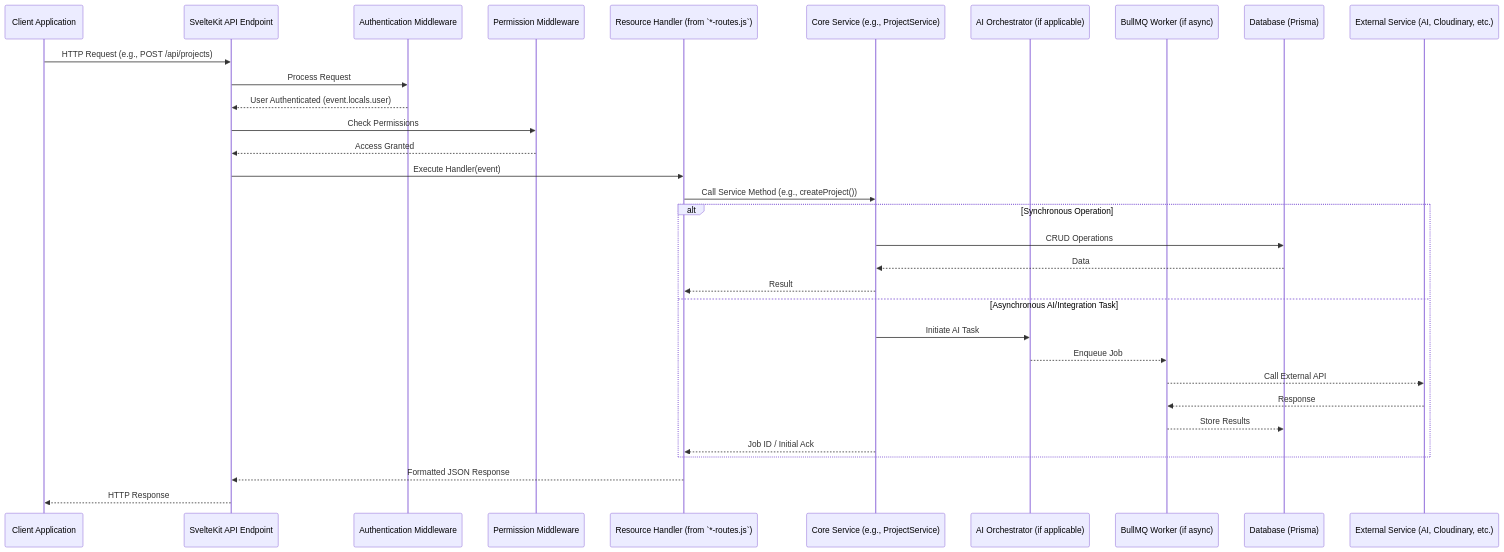
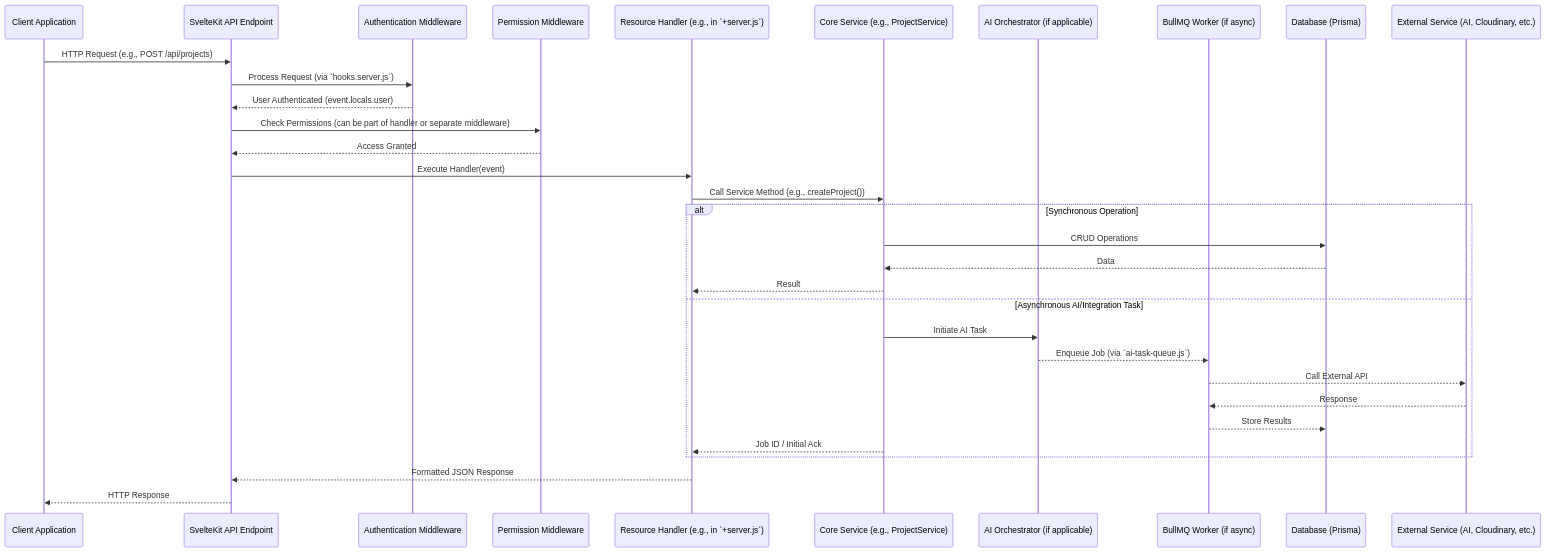
One commit to lowkey-dev21/Idea_lens-BE changed the sixth of 7 diagrams in README.md. Above: the diagram before and after it, drawn with Mermaid. The commit also changed other lines of this file, not shown here.

````diff
--- a/README.md
+++ b/README.md
@@ -302,35 +309,35 @@
 ```mermaid
 sequenceDiagram
     participant ClientApp as Client Application
     participant SvelteKitAPI as SvelteKit API Endpoint
     participant AuthMiddleware as Authentication Middleware
     participant PermissionMiddleware as Permission Middleware
-    participant HandlerFunction as Resource Handler (from `*-routes.js`)
+    participant HandlerFunction as Resource Handler (e.g., in `+server.js`)
     participant CoreService as Core Service (e.g., ProjectService)
     participant AIOrchestrator as AI Orchestrator (if applicable)
     participant BullMQWorker as BullMQ Worker (if async)
     participant Database_Prisma as Database (Prisma)
     participant ExternalService as External Service (AI, Cloudinary, etc.)
 
     ClientApp->>SvelteKitAPI: HTTP Request (e.g., POST /api/projects)
-    SvelteKitAPI->>AuthMiddleware: Process Request
+    SvelteKitAPI->>AuthMiddleware: Process Request (via `hooks.server.js`)
     AuthMiddleware-->>SvelteKitAPI: User Authenticated (event.locals.user)
-    SvelteKitAPI->>PermissionMiddleware: Check Permissions
+    SvelteKitAPI->>PermissionMiddleware: Check Permissions (can be part of handler or separate middleware)
     PermissionMiddleware-->>SvelteKitAPI: Access Granted
     SvelteKitAPI->>HandlerFunction: Execute Handler(event)
     HandlerFunction->>CoreService: Call Service Method (e.g., createProject())
     alt Synchronous Operation
         CoreService->>Database_Prisma: CRUD Operations
         Database_Prisma-->>CoreService: Data
         CoreService-->>HandlerFunction: Result
     else Asynchronous AI/Integration Task
         CoreService->>AIOrchestrator: Initiate AI Task
-        AIOrchestrator-->>BullMQWorker: Enqueue Job
+        AIOrchestrator-->>BullMQWorker: Enqueue Job (via `ai-task-queue.js`)
         BullMQWorker-->>ExternalService: Call External API
         ExternalService-->>BullMQWorker: Response
         BullMQWorker-->>Database_Prisma: Store Results
         CoreService-->>HandlerFunction: Job ID / Initial Ack
     end
     HandlerFunction-->>SvelteKitAPI: Formatted JSON Response
     SvelteKitAPI-->>ClientApp: HTTP Response
 ```
````
